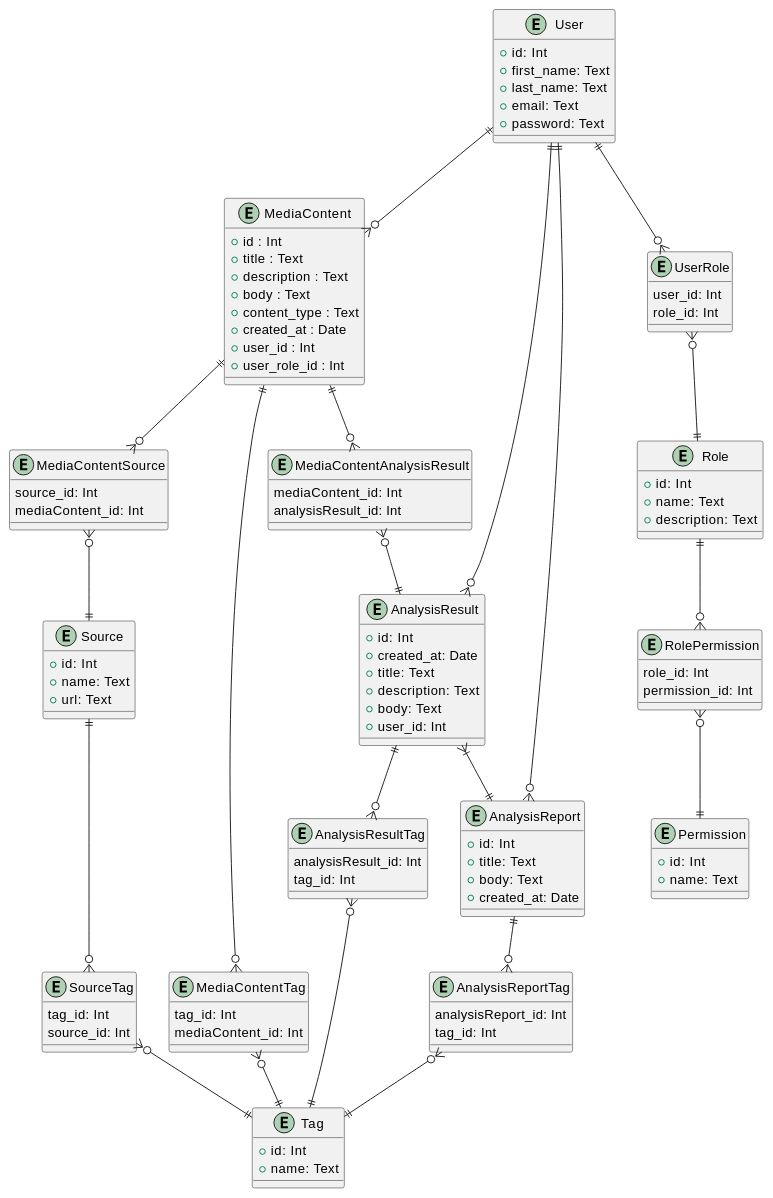
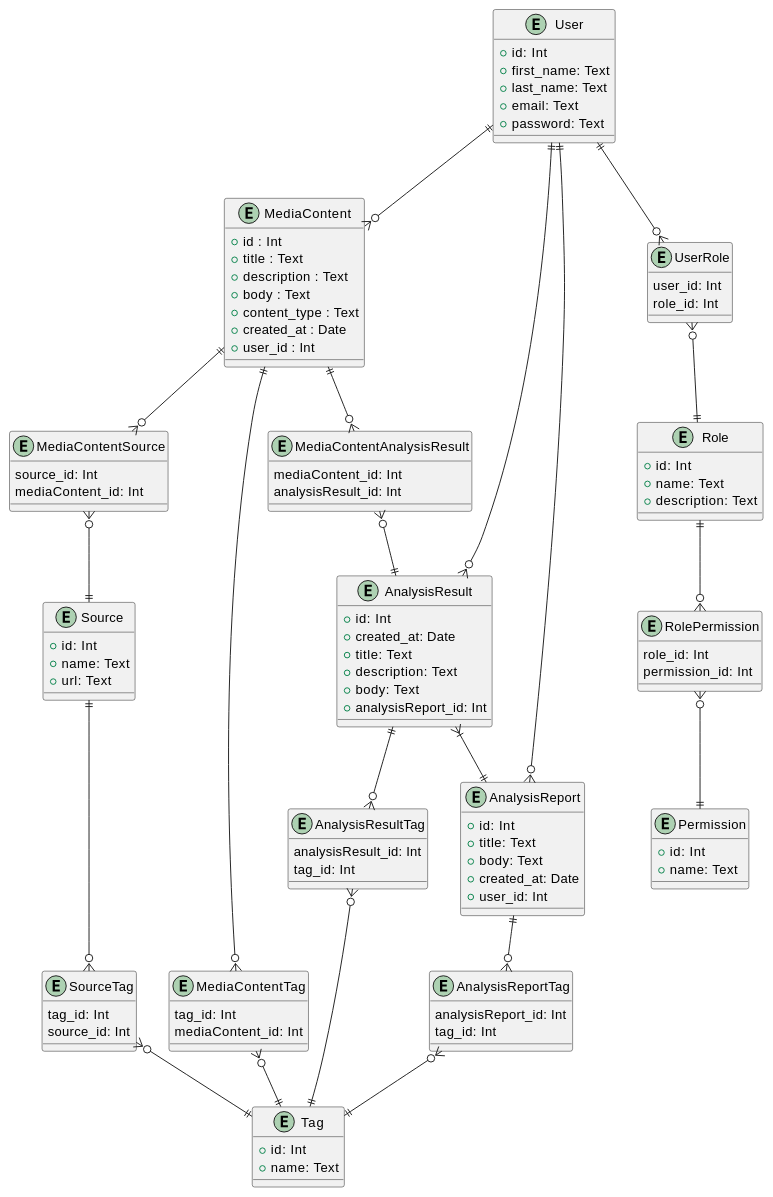
The second of 2 diagrams in docs/design/README.md (semenyaka08/media-content-api), drawn with PlantUML before and after one commit.

Commit message:
fix er-model

```diff
--- a/docs/design/README.md
+++ b/docs/design/README.md
@@ -155,7 +155,6 @@
   +content_type : Text
   +created_at : Date
   +user_id : Int
-  +user_role_id : Int
 }
 
 entity Source {
@@ -175,7 +174,7 @@
     +title: Text
     +description: Text
     +body: Text
-    +user_id: Int
+    +analysisReport_id: Int
 }
 
 entity AnalysisReport {
@@ -183,6 +182,7 @@
     +title: Text
     +body: Text
     +created_at: Date
+    +user_id: Int
 }
 
 entity MediaContentSource {
```
